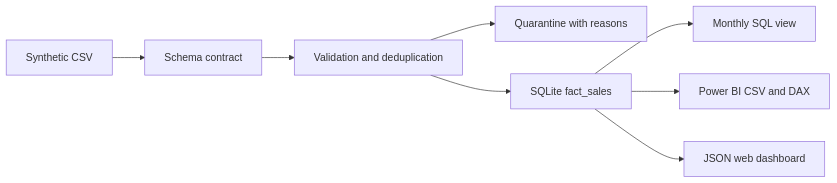
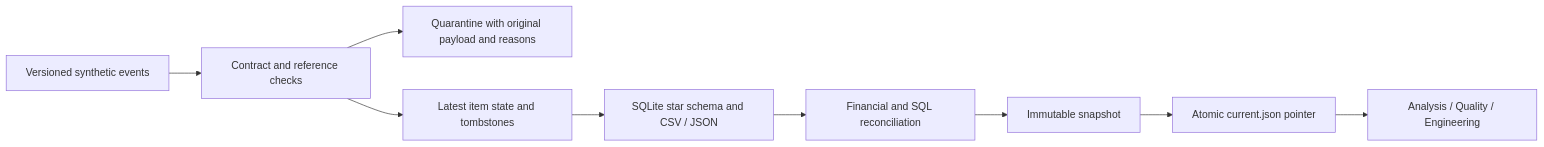
One commit to GabrielCosta06/portfolio-data-analyst changed the diagram in README.md. Above: the diagram before and after it, drawn with Mermaid. The commit also changed other lines of this file and 88 other files, not shown here.

````diff
--- a/README.md
+++ b/README.md
@@ -52,10 +23,11 @@
 ```mermaid
 flowchart LR
-  A[Synthetic CSV] --> B[Schema contract]
-  B --> C[Validation and deduplication]
-  C --> D[Quarantine with reasons]
-  C --> E[SQLite fact_sales]
-  E --> F[Monthly SQL view]
-  E --> G[Power BI CSV and DAX]
-  E --> H[JSON web dashboard]
+  A[Versioned synthetic events] --> B[Contract and reference checks]
+  B --> Q[Quarantine with original payload and reasons]
+  B --> C[Latest item state and tombstones]
+  C --> D[SQLite star schema and CSV / JSON]
+  D --> E[Financial and SQL reconciliation]
+  E --> F[Immutable snapshot]
+  F --> G[Atomic current.json pointer]
+  G --> H[Analysis / Quality / Engineering]
 ```
````
